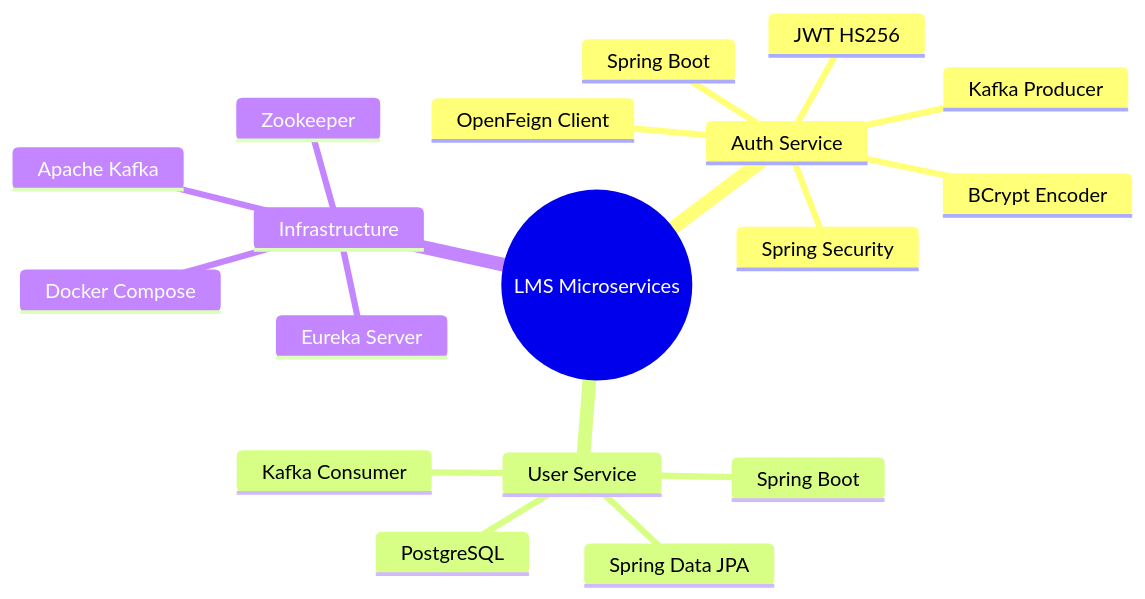
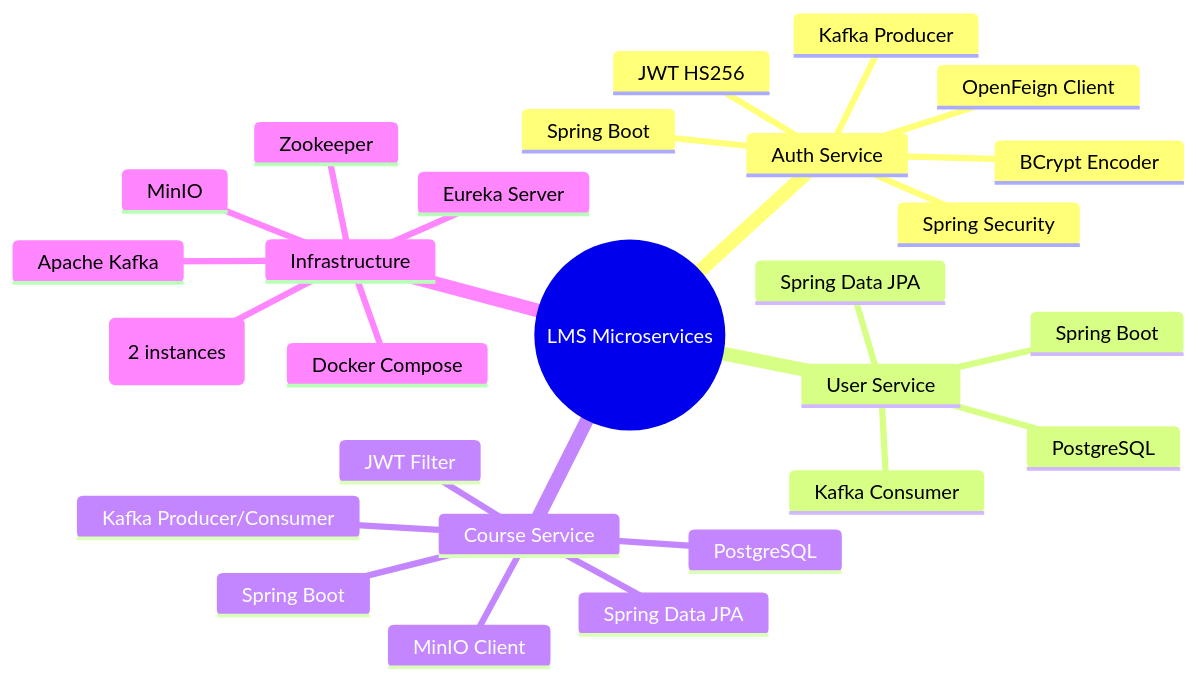
The eighth of 8 diagrams in Readme.md (arpondark/microservice-lms-system-springboot), drawn with Mermaid before and after one commit. The commit also changed other lines of this file and 7 other files, not shown here.

````diff
--- a/Readme.md
+++ b/Readme.md
@@ -326,21 +439,30 @@
 ```mermaid
 mindmap
   root((LMS Microservices))
     Auth Service
       Spring Boot
       Spring Security
       BCrypt Encoder
       JWT HS256
       OpenFeign Client
       Kafka Producer
     User Service
       Spring Boot
       Spring Data JPA
       PostgreSQL
       Kafka Consumer
+    Course Service
+      Spring Boot
+      Spring Data JPA
+      PostgreSQL
+      JWT Filter
+      MinIO Client
+      Kafka Producer/Consumer
     Infrastructure
       Eureka Server
       Apache Kafka
       Zookeeper
+      PostgreSQL (2 instances)
+      MinIO
       Docker Compose
 ```
````
